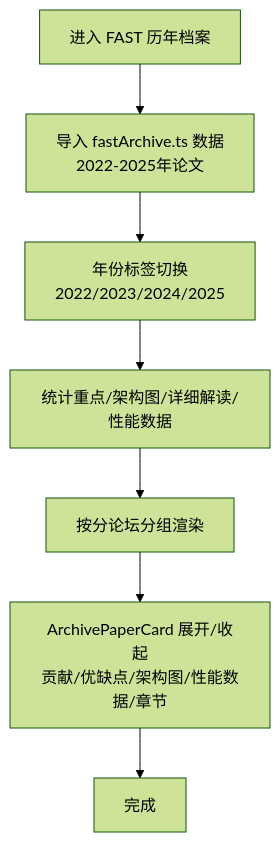
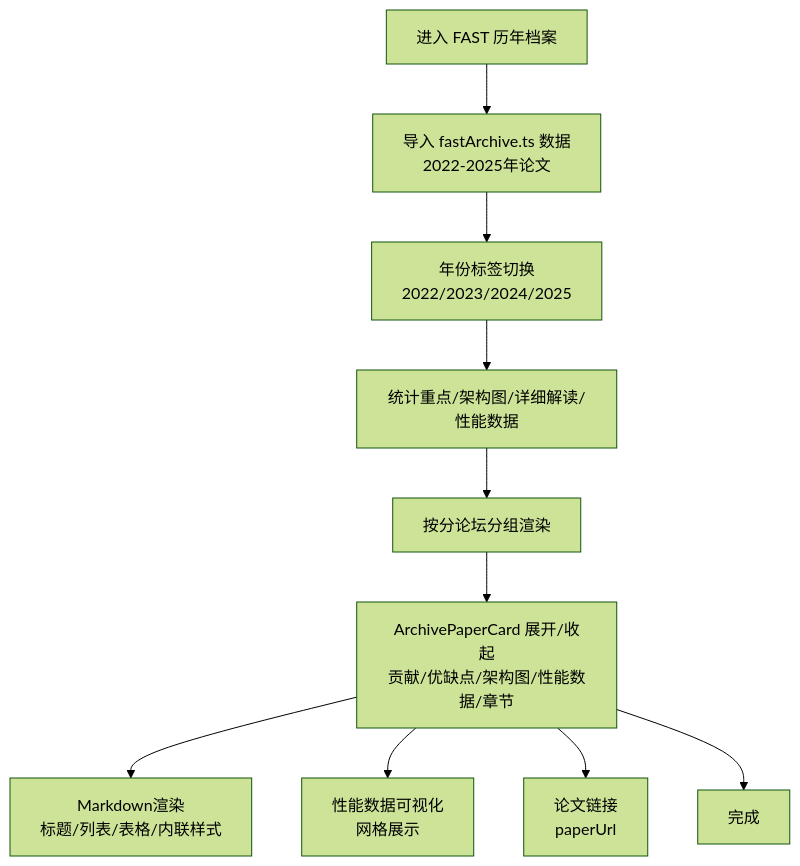
One commit to erikliu123/storage_ai_blog changed the sixth of 10 diagrams in .qoder/repowiki/zh/content/页面组件/页面组件.md. Above: the diagram before and after it, drawn with Mermaid (forest theme). The commit also changed other lines of this file and 61 other files, not shown here.

````diff
--- a/.qoder/repowiki/zh/content/页面组件/页面组件.md
+++ b/.qoder/repowiki/zh/content/页面组件/页面组件.md
@@ -299,9 +312,12 @@
 ```mermaid
 flowchart TD
 Enter["进入 FAST 历年档案"] --> Load["导入 fastArchive.ts 数据<br/>2022-2025年论文"]
 Load --> Tabs["年份标签切换<br/>2022/2023/2024/2025"]
 Tabs --> Stats["统计重点/架构图/详细解读/性能数据"]
 Stats --> Sessions["按分论坛分组渲染"]
 Sessions --> Card["ArchivePaperCard 展开/收起<br/>贡献/优缺点/架构图/性能数据/章节"]
+Card --> Markdown["Markdown渲染<br/>标题/列表/表格/内联样式"]
+Card --> Perf["性能数据可视化<br/>网格展示"]
+Card --> Link["论文链接<br/>paperUrl"]
 Card --> Done["完成"]
 ```
````
